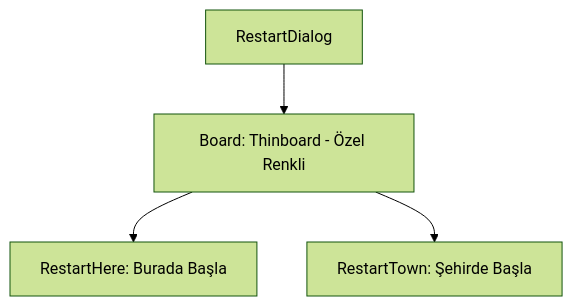
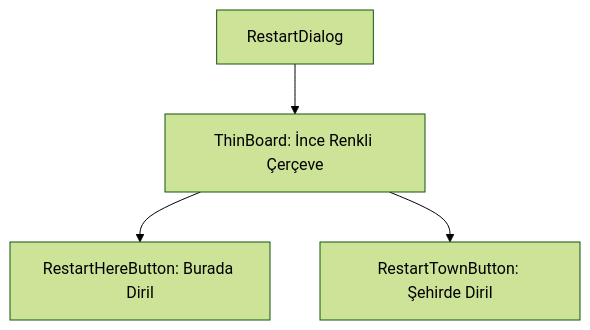
Before and after one commit to Engin622/Metin2-Pack-Agent-Skills: the diagram in uiscript/restartdialog/skills.md, drawn with Mermaid (forest theme). The commit also changed other lines of this file and 65 other files, not shown here.

````diff
--- a/uiscript/restartdialog/skills.md
+++ b/uiscript/restartdialog/skills.md
@@ -27,6 +29,6 @@
 ```mermaid
 graph TD
-    A[RestartDialog] --> B[Board: Thinboard - Özel Renkli]
-    B --> C[RestartHere: Burada Başla]
-    B --> D[RestartTown: Şehirde Başla]
+    A[RestartDialog] --> B[ThinBoard: İnce Renkli Çerçeve]
+    B --> C[RestartHereButton: Burada Diril]
+    B --> D[RestartTownButton: Şehirde Diril]
 ```
````
